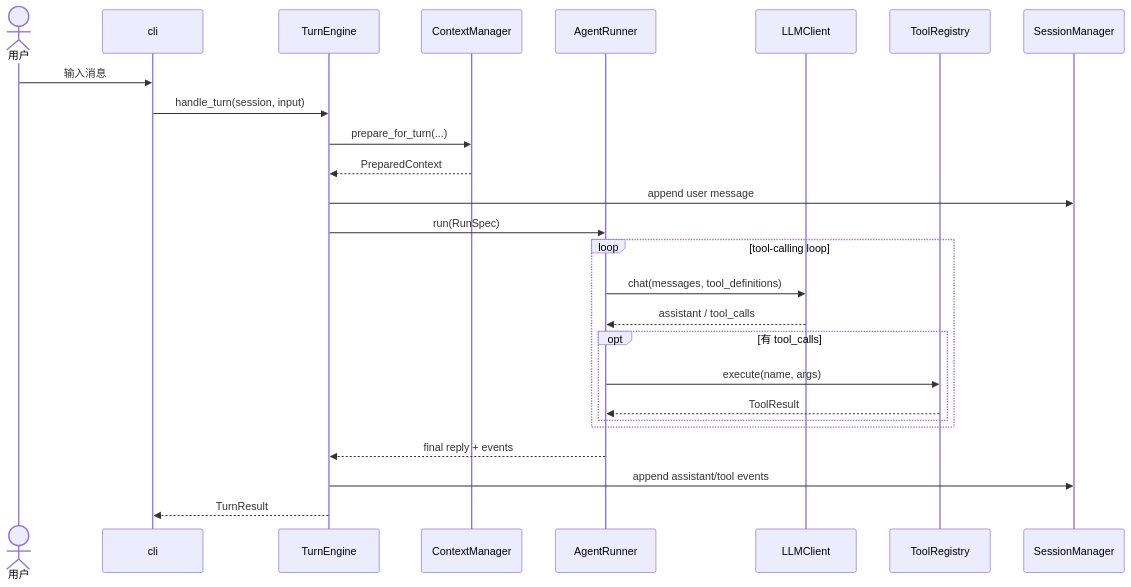
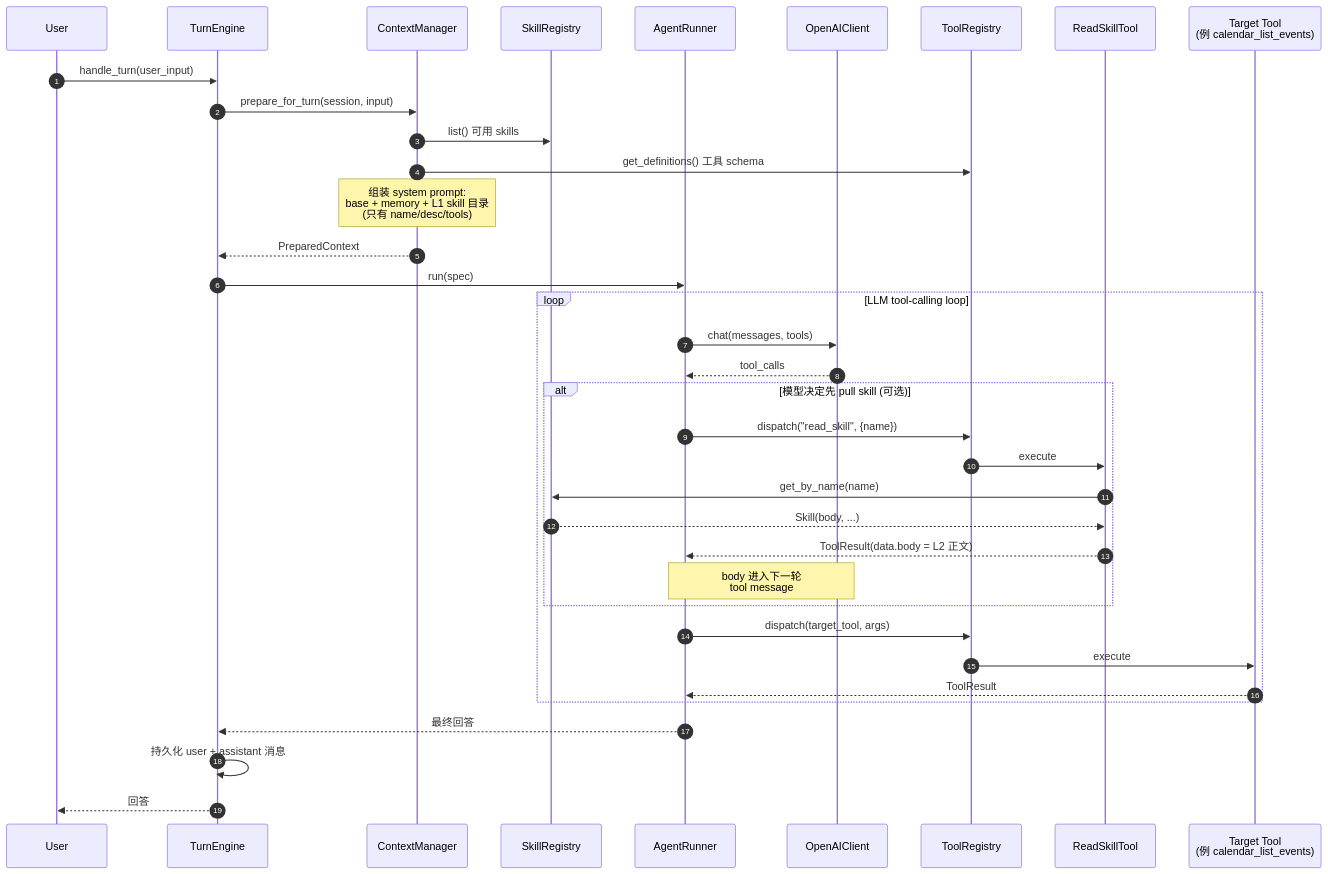
The second of 3 diagrams in README.md (Jiminyang1/minibot), drawn with Mermaid before and after one commit. The commit also changed other lines of this file and 22 other files, not shown here.

````diff
--- a/README.md
+++ b/README.md
@@ -139,31 +168,42 @@
 ```mermaid
 sequenceDiagram
-    actor User as 用户
-    participant CLI as cli
-    participant Engine as TurnEngine
-    participant Context as ContextManager
-    participant Runner as AgentRunner
-    participant LLM as LLMClient
-    participant Tools as ToolRegistry
-    participant Session as SessionManager
+    autonumber
+    participant U as User
+    participant TE as TurnEngine
+    participant CM as ContextManager
+    participant SR as SkillRegistry
+    participant AR as AgentRunner
+    participant LLM as OpenAIClient
+    participant TR as ToolRegistry
+    participant RS as ReadSkillTool
+    participant Tgt as Target Tool<br/>(例 calendar_list_events)
 
-    User->>CLI: 输入消息
-    CLI->>Engine: handle_turn(session, input)
-    Engine->>Context: prepare_for_turn(...)
-    Context-->>Engine: PreparedContext
-    Engine->>Session: append user message
-    Engine->>Runner: run(RunSpec)
+    U->>TE: handle_turn(user_input)
+    TE->>CM: prepare_for_turn(session, input)
+    CM->>SR: list() 可用 skills
+    CM->>TR: get_definitions() 工具 schema
+    Note over CM: 组装 system prompt:<br/>base + memory + L1 skill 目录<br/>(只有 name/desc/tools)
+    CM-->>TE: PreparedContext
 
-    loop tool-calling loop
-        Runner->>LLM: chat(messages, tool_definitions)
-        LLM-->>Runner: assistant / tool_calls
-        opt 有 tool_calls
-            Runner->>Tools: execute(name, args)
-            Tools-->>Runner: ToolResult
+    TE->>AR: run(spec)
+    loop LLM tool-calling loop
+        AR->>LLM: chat(messages, tools)
+        LLM-->>AR: tool_calls
+
+        alt 模型决定先 pull skill (可选)
+            AR->>TR: dispatch("read_skill", {name})
+            TR->>RS: execute
+            RS->>SR: get_by_name(name)
+            SR-->>RS: Skill(body, ...)
+            RS-->>AR: ToolResult(data.body = L2 正文)
+            Note over AR,LLM: body 进入下一轮<br/>tool message
         end
+
+        AR->>TR: dispatch(target_tool, args)
+        TR->>Tgt: execute
+        Tgt-->>AR: ToolResult
     end
-
-    Runner-->>Engine: final reply + events
-    Engine->>Session: append assistant/tool events
-    Engine-->>CLI: TurnResult
+    AR-->>TE: 最终回答
+    TE->>TE: 持久化 user + assistant 消息
+    TE-->>U: 回答
 ```
````
